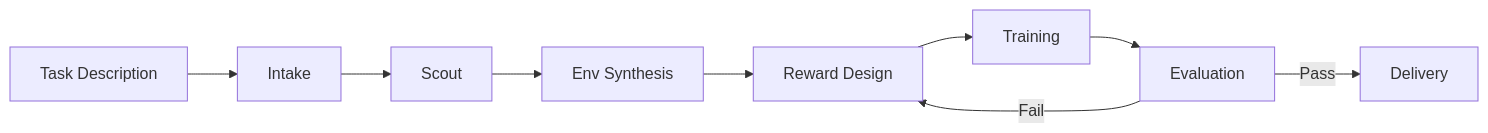
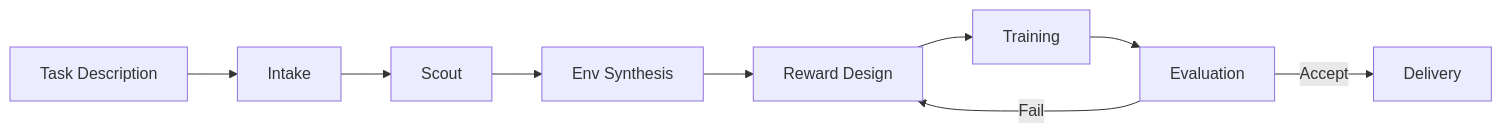
One commit to Shaswat2001/robosmith changed the diagram in docs/index.md. Above: the diagram before and after it, drawn with Mermaid. The commit also changed other lines of this file and 6 other files, not shown here.

````diff
--- a/docs/index.md
+++ b/docs/index.md
@@ -29,11 +51,11 @@
 ```mermaid
 flowchart LR
     A[Task Description] --> B[Intake]
     B --> C[Scout]
     C --> D[Env Synthesis]
     D --> E[Reward Design]
     E --> F[Training]
     F --> G[Evaluation]
-    G -->|Pass| H[Delivery]
+    G -->|Accept| H[Delivery]
     G -->|Fail| E
 ```
````
